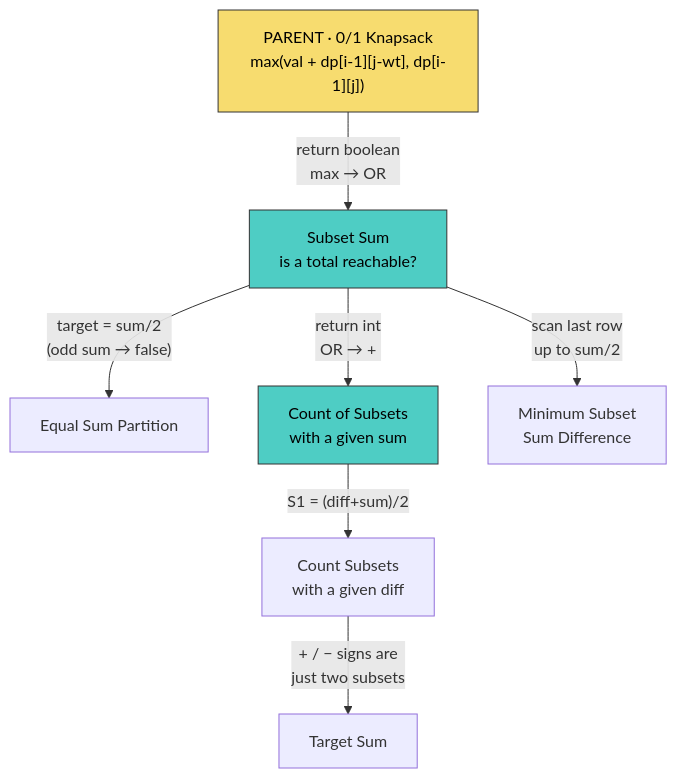
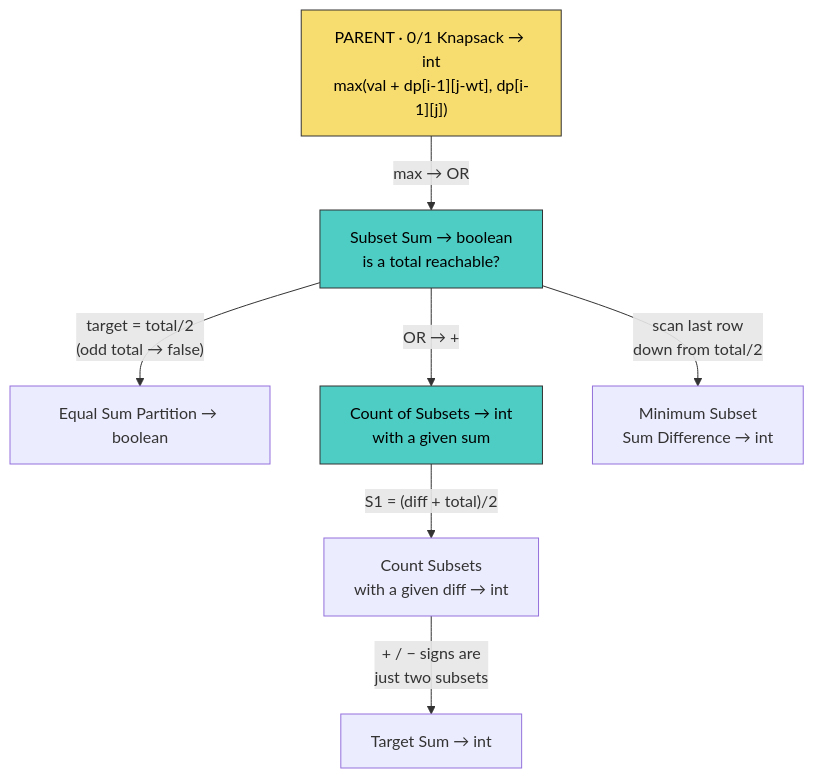
The fourth of 8 diagrams in content/31c_dynamic_programming.md (Hmago/ml4), drawn with Mermaid before and after one commit. The commit also changed other lines of this file and 189 other files, not shown here.

````diff
--- a/content/31c_dynamic_programming.md
+++ b/content/31c_dynamic_programming.md
@@ -1360,13 +1312,13 @@
 ```mermaid
 flowchart TD
-    P["PARENT · 0/1 Knapsack<br/>max(val + dp[i-1][j-wt], dp[i-1][j])"]
-    P -->|"return boolean<br/>max → OR"| S[Subset Sum<br/>is a total reachable?]
-    S -->|"target = sum/2<br/>(odd sum → false)"| E[Equal Sum Partition]
-    S -->|"return int<br/>OR → +"| C[Count of Subsets<br/>with a given sum]
-    S -->|"scan last row<br/>up to sum/2"| M[Minimum Subset<br/>Sum Difference]
-    C -->|"S1 = (diff+sum)/2"| CD[Count Subsets<br/>with a given diff]
-    CD -->|"+ / − signs are<br/>just two subsets"| T[Target Sum]
+    P["PARENT · 0/1 Knapsack → int<br/>max(val + dp[i-1][j-wt], dp[i-1][j])"]
+    P -->|"max → OR"| S["Subset Sum → boolean<br/>is a total reachable?"]
+    S -->|"target = total/2<br/>(odd total → false)"| E["Equal Sum Partition → boolean"]
+    S -->|"OR → +"| C["Count of Subsets → int<br/>with a given sum"]
+    S -->|"scan last row<br/>down from total/2"| M["Minimum Subset<br/>Sum Difference → int"]
+    C -->|"S1 = (diff + total)/2"| CD["Count Subsets<br/>with a given diff → int"]
+    CD -->|"+ / − signs are<br/>just two subsets"| T["Target Sum → int"]
     style P fill:#f7dc6f,stroke:#333,color:#000
     style S fill:#4ecdc4,stroke:#333,color:#000
     style C fill:#4ecdc4,stroke:#333,color:#000
 ```
````
